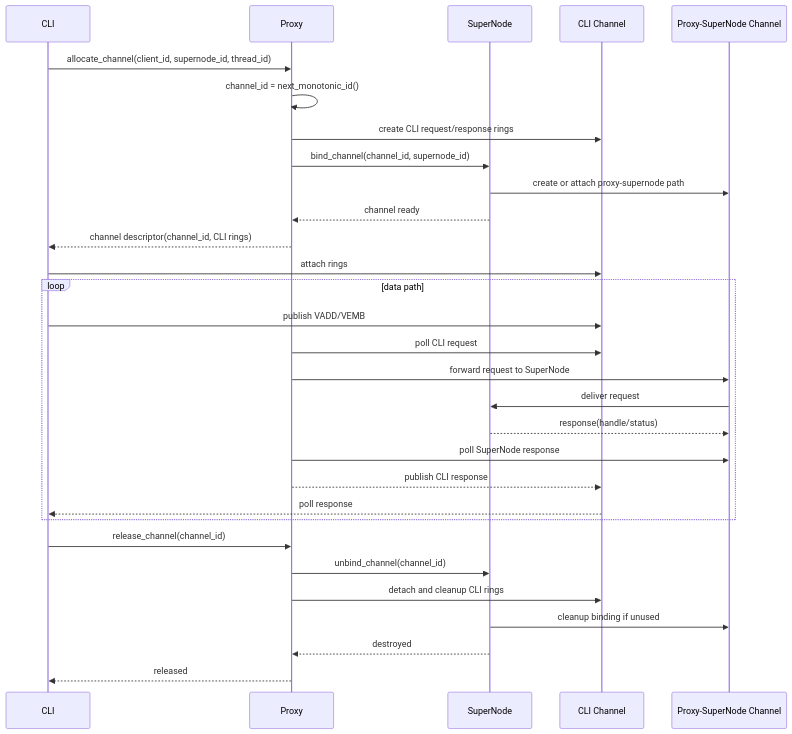
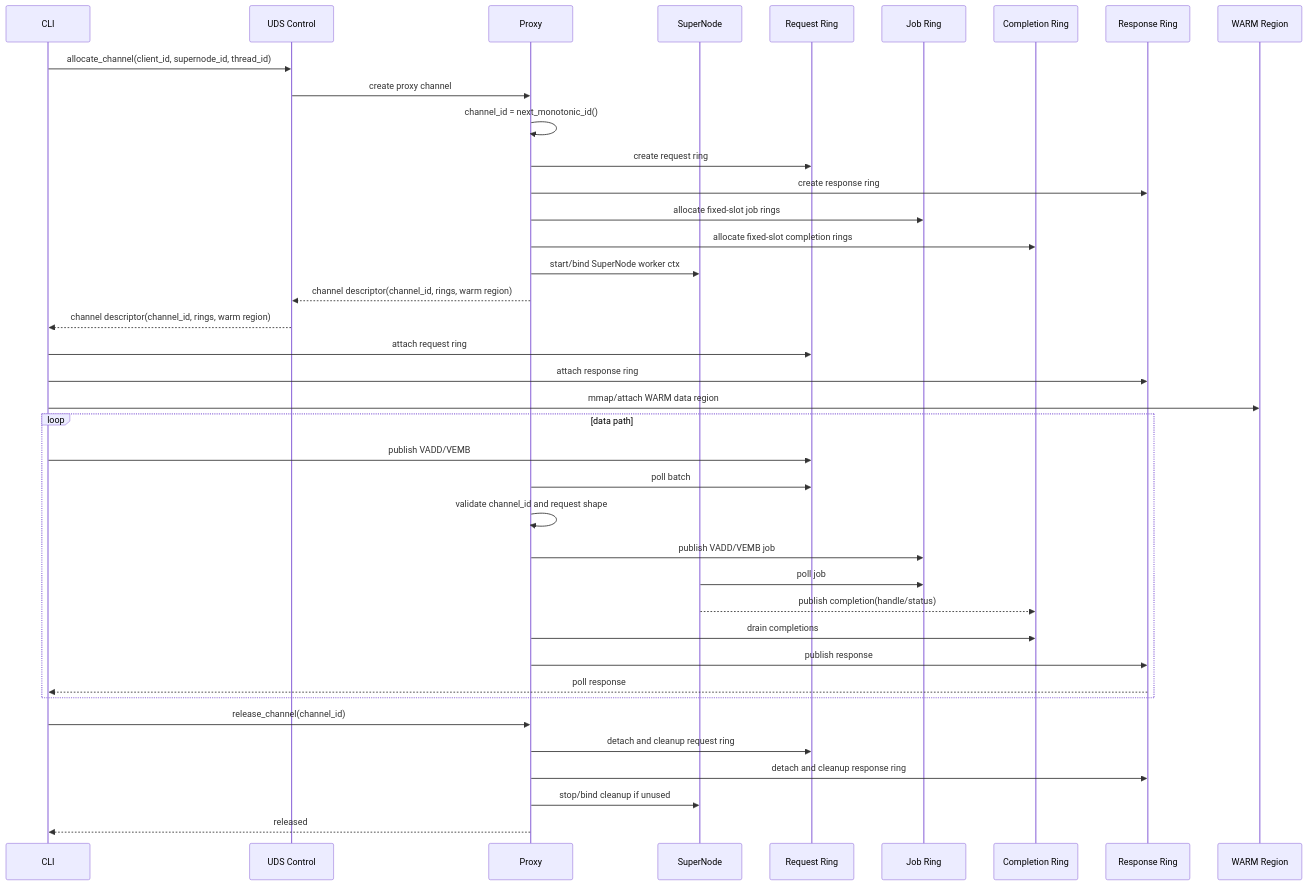
One commit to jialiuyu/redis changed the third of 6 diagrams in docs/VEMB_V16_TLC_UB_SHARED_DATA_MODEL.md. Above: the diagram before and after it, drawn with Mermaid. The commit also changed other lines of this file and 21 other files, not shown here.

````diff
--- a/docs/VEMB_V16_TLC_UB_SHARED_DATA_MODEL.md
+++ b/docs/VEMB_V16_TLC_UB_SHARED_DATA_MODEL.md
@@ -298,35 +381,44 @@
 ```mermaid
 sequenceDiagram
     participant C as CLI
+    participant CTRL as UDS Control
     participant P as Proxy
     participant SN as SuperNode
-    participant CCH as CLI Channel
-    participant SCH as Proxy-SuperNode Channel
+    participant RQ as Request Ring
+    participant JQ as Job Ring
+    participant CQ as Completion Ring
+    participant RS as Response Ring
+    participant W as WARM Region
 
-    C->>P: allocate_channel(client_id, supernode_id, thread_id)
+    C->>CTRL: allocate_channel(client_id, supernode_id, thread_id)
+    CTRL->>P: create proxy channel
     P->>P: channel_id = next_monotonic_id()
-    P->>CCH: create CLI request/response rings
-    P->>SN: bind_channel(channel_id, supernode_id)
-    SN->>SCH: create or attach proxy-supernode path
-    SN-->>P: channel ready
-    P-->>C: channel descriptor(channel_id, CLI rings)
-    C->>CCH: attach rings
+    P->>RQ: create request ring
+    P->>RS: create response ring
+    P->>JQ: allocate fixed-slot job rings
+    P->>CQ: allocate fixed-slot completion rings
+    P->>SN: start/bind SuperNode worker ctx
+    P-->>CTRL: channel descriptor(channel_id, rings, warm region)
+    CTRL-->>C: channel descriptor(channel_id, rings, warm region)
+    C->>RQ: attach request ring
+    C->>RS: attach response ring
+    C->>W: mmap/attach WARM data region
 
     loop data path
-        C->>CCH: publish VADD/VEMB
-        P->>CCH: poll CLI request
-        P->>SCH: forward request to SuperNode
-        SCH->>SN: deliver request
-        SN-->>SCH: response(handle/status)
-        P->>SCH: poll SuperNode response
-        P-->>CCH: publish CLI response
-        CCH-->>C: poll response
+        C->>RQ: publish VADD/VEMB
+        P->>RQ: poll batch
+        P->>P: validate channel_id and request shape
+        P->>JQ: publish VADD/VEMB job
+        SN->>JQ: poll job
+        SN-->>CQ: publish completion(handle/status)
+        P->>CQ: drain completions
+        P->>RS: publish response
+        RS-->>C: poll response
     end
 
     C->>P: release_channel(channel_id)
-    P->>SN: unbind_channel(channel_id)
-    P->>CCH: detach and cleanup CLI rings
-    SN->>SCH: cleanup binding if unused
-    SN-->>P: destroyed
+    P->>RQ: detach and cleanup request ring
+    P->>RS: detach and cleanup response ring
+    P->>SN: stop/bind cleanup if unused
     P-->>C: released
 ```
````
